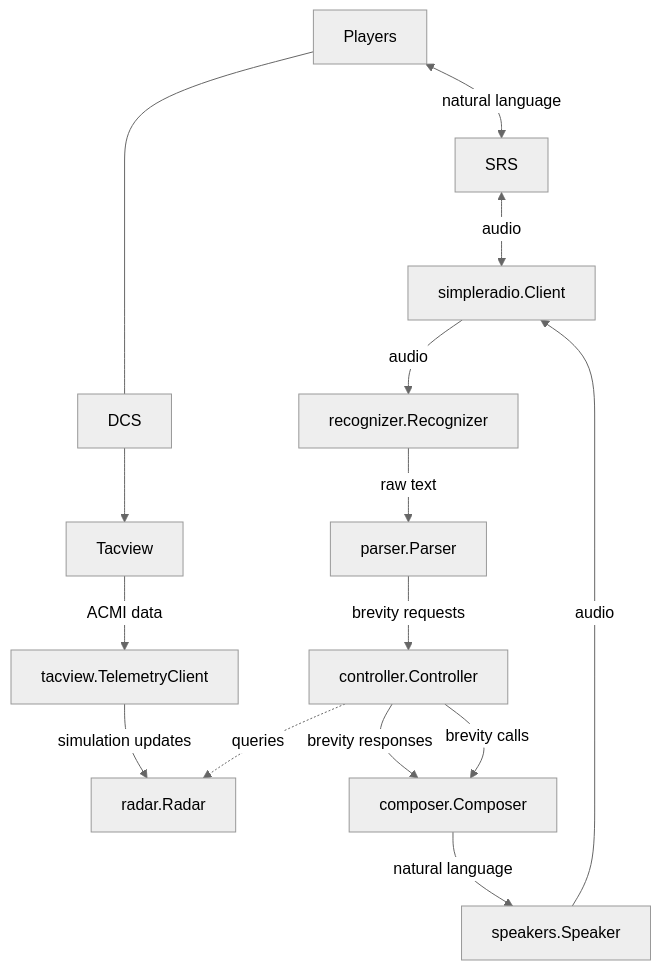
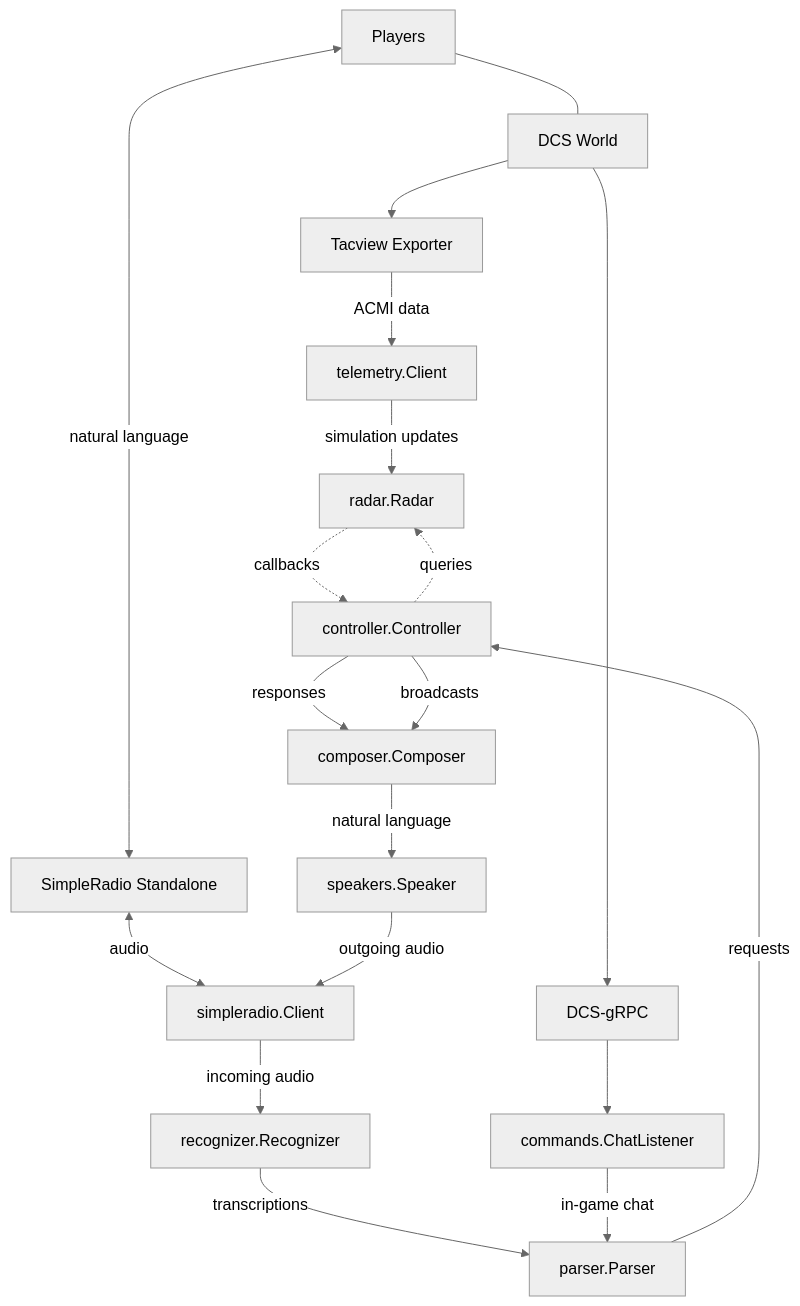
The diagram in docs/CONTRIBUTING.md (dharmab/skyeye), drawn with Mermaid (neutral theme) before and after one commit. The commit also changed other lines of this file and 109 other files, not shown here.

````diff
--- a/docs/CONTRIBUTING.md
+++ b/docs/CONTRIBUTING.md
@@ -202,11 +192,14 @@
 ```mermaid
 flowchart TD
-    Players --- DCS
+    Players --- DCS[DCS World]
     Players <-->|natural language| SRS
-    SRS <-->|audio| simpleradio.Client -->|audio| recognizer.Recognizer -->|raw text| parser.Parser-->|brevity requests| controller.Controller
-    DCS --> Tacview -->|ACMI data| tacview.TelemetryClient -->|simulation updates| radar.Radar
+    SRS[SimpleRadio Standalone] <-->|audio| simpleradio.Client -->|incoming audio| recognizer.Recognizer -->|transcriptions| parser.Parser-->|requests| controller.Controller
+    DCS --> Tacview[Tacview Exporter] -->|ACMI data| telemetry.Client -->|simulation updates| radar.Radar
+    DCS --> DCS-gRPC --> commands.ChatListener -->|in-game chat| parser.Parser
     controller.Controller .->|queries| radar.Radar 
-    controller.Controller -->|brevity responses| composer.Composer
-    controller.Controller -->|brevity calls| composer.Composer
-    composer.Composer -->|natural language| speakers.Speaker -->|audio| simpleradio.Client
+    radar.Radar .->|callbacks| controller.Controller
+    controller.Controller -->|responses| composer.Composer
+    controller.Controller -->|broadcasts| composer.Composer
+    composer.Composer -->|natural language| speakers.Speaker -->|outgoing audio| simpleradio.Client
+
 ```
````
